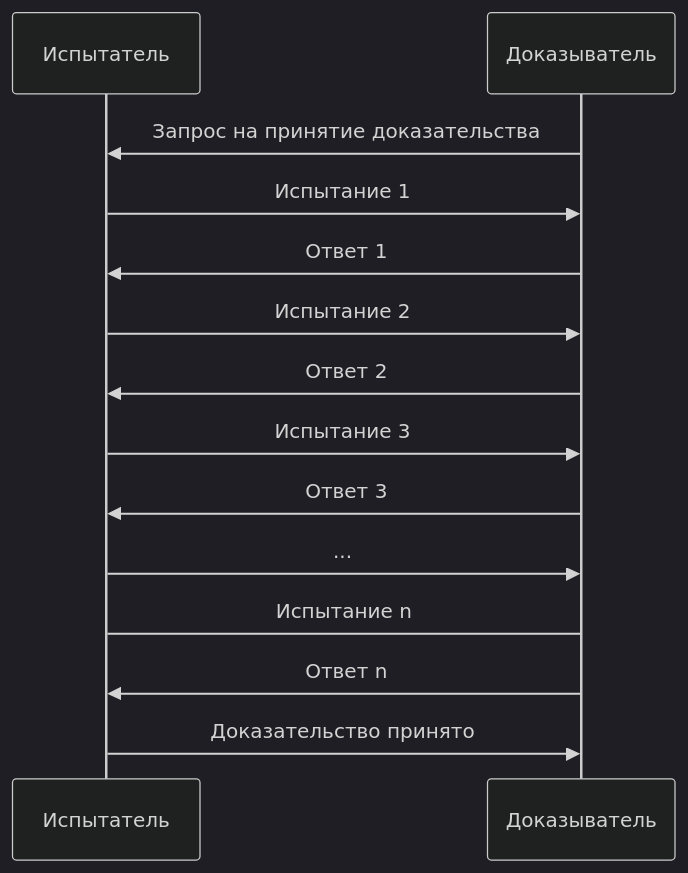
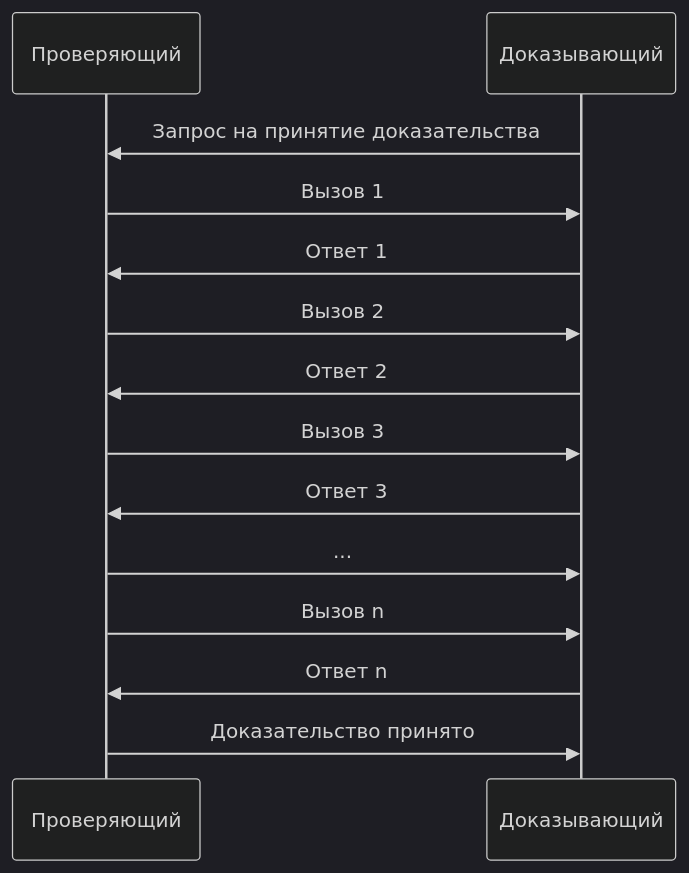
Before and after one commit to Sarkoxed/Research: the first of 2 diagrams in final.md, drawn with Mermaid (dark theme). The commit also changed other lines of this file and 4 other files, not shown here.

````diff
--- a/final.md
+++ b/final.md
@@ -61,16 +61,16 @@
 ```mermaid
 sequenceDiagram
-	participant Испытатель
-	participant Доказыватель
-Доказыватель->>Испытатель: Запрос на принятие доказательства
-Испытатель->>Доказыватель: Испытание 1
-Доказыватель->>Испытатель: Ответ 1
-Испытатель->>Доказыватель: Испытание 2
-Доказыватель->>Испытатель: Ответ 2
-Испытатель->>Доказыватель: Испытание 3
-Доказыватель->>Испытатель: Ответ 3
-Испытатель->>Доказыватель: ...
-Испытатель->Доказыватель: Испытание n
-Доказыватель->>Испытатель: Ответ n
-Испытатель->>Доказыватель: Доказательство принято
+	participant Проверяющий
+	participant Доказывающий
+Доказывающий->>Проверяющий: Запрос на принятие доказательства
+Проверяющий->>Доказывающий: Вызов 1
+Доказывающий->>Проверяющий: Ответ 1
+Проверяющий->>Доказывающий: Вызов 2
+Доказывающий->>Проверяющий: Ответ 2
+Проверяющий->>Доказывающий: Вызов 3
+Доказывающий->>Проверяющий: Ответ 3
+Проверяющий->>Доказывающий: ...
+Проверяющий->>Доказывающий:  Вызов n
+Доказывающий->>Проверяющий: Ответ n
+Проверяющий->>Доказывающий: Доказательство принято
 ```
````
